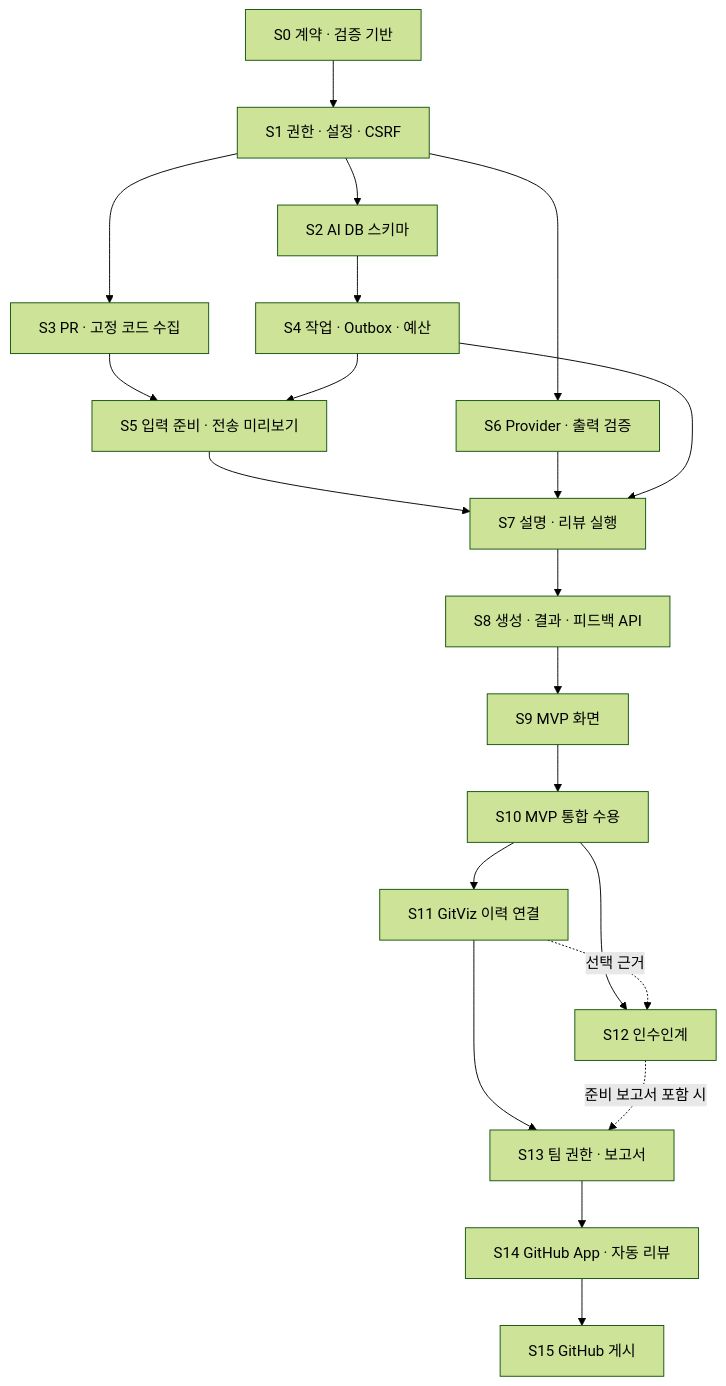
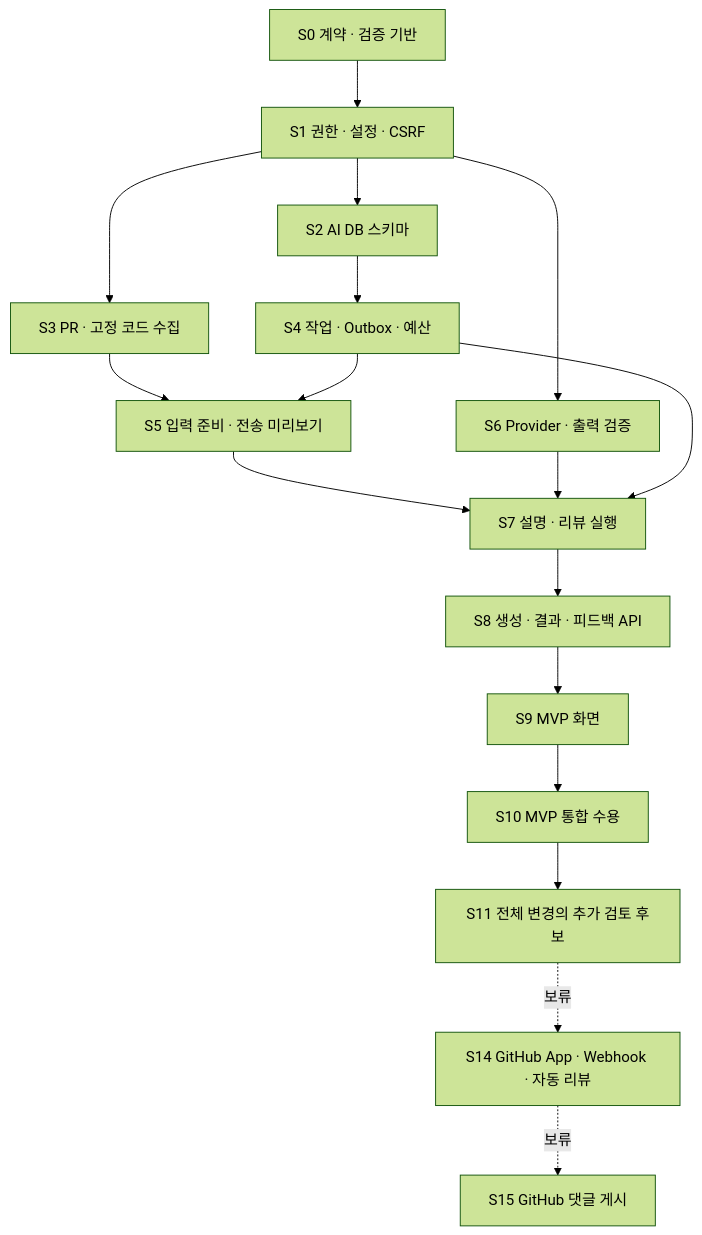
One commit to 2k-c-a/gitviz changed the diagram in docs/GitViz_AI_의존성기반_구현계획_v0.5.md. Above: the diagram before and after it, drawn with Mermaid (forest theme). The commit also changed other lines of this file and 77 other files, not shown here.

````diff
--- a/docs/GitViz_AI_의존성기반_구현계획_v0.5.md
+++ b/docs/GitViz_AI_의존성기반_구현계획_v0.5.md
@@ -28,23 +28,19 @@
 ```mermaid
 flowchart TD
   S0[S0 계약 · 검증 기반] --> S1[S1 권한 · 설정 · CSRF]
   S1 --> S2[S2 AI DB 스키마]
   S1 --> S3[S3 PR · 고정 코드 수집]
   S1 --> S6[S6 Provider · 출력 검증]
   S2 --> S4[S4 작업 · Outbox · 예산]
   S3 --> S5[S5 입력 준비 · 전송 미리보기]
   S4 --> S5
   S5 --> S7[S7 설명 · 리뷰 실행]
   S6 --> S7
   S4 --> S7
   S7 --> S8[S8 생성 · 결과 · 피드백 API]
   S8 --> S9[S9 MVP 화면]
   S9 --> S10[S10 MVP 통합 수용]
-  S10 --> S11[S11 GitViz 이력 연결]
-  S10 --> S12[S12 인수인계]
-  S11 -. 선택 근거 .-> S12
-  S11 --> S13[S13 팀 권한 · 보고서]
-  S12 -. 준비 보고서 포함 시 .-> S13
-  S13 --> S14[S14 GitHub App · 자동 리뷰]
-  S14 --> S15[S15 GitHub 게시]
+  S10 --> S11[S11 전체 변경의 추가 검토 후보]
+  S11 -. 보류 .-> S14[S14 GitHub App · Webhook · 자동 리뷰]
+  S14 -. 보류 .-> S15[S15 GitHub 댓글 게시]
 ```
````
